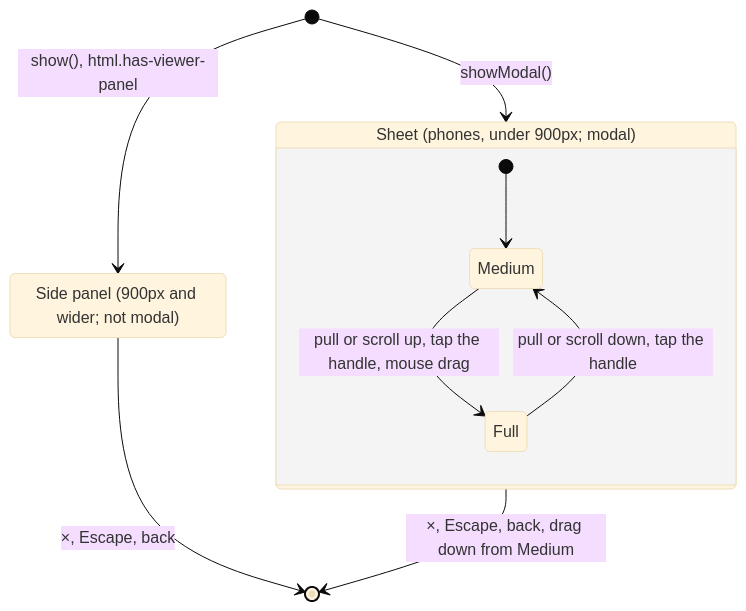
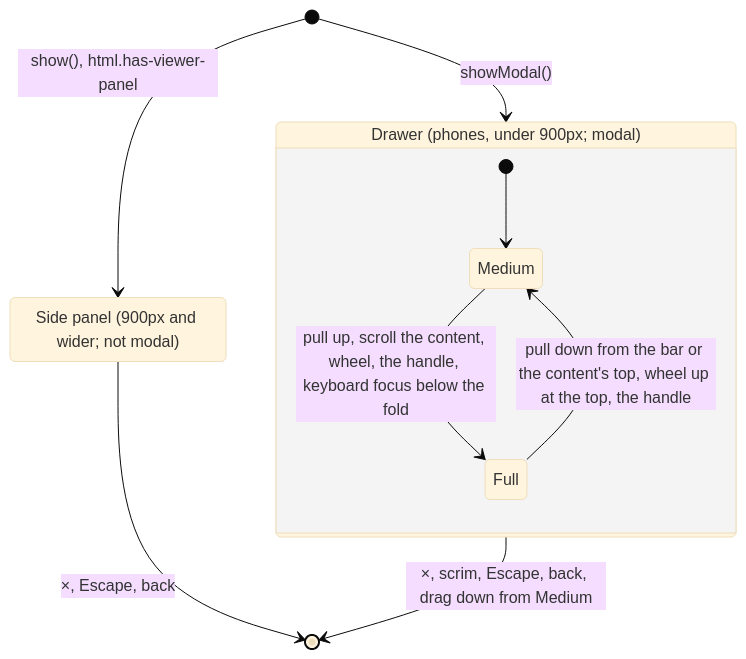
The ninth of 9 diagrams in docs/ARCHITECTURE.md (pa-bailar/pa-bailar.github.io), drawn with Mermaid (base theme) before and after one commit. The commit also changed other lines of this file and 45 other files, not shown here.

First line of the commit message:
feat(events): an Instagram-style details drawer and one-tap filter chips (#74)

````diff
--- a/docs/ARCHITECTURE.md
+++ b/docs/ARCHITECTURE.md
@@ -403,13 +411,13 @@
   ```mermaid
   stateDiagram-v2
-      state "Sheet (phones, under 900px; modal)" as Sheet {
+      state "Drawer (phones, under 900px; modal)" as Sheet {
           [*] --> Medium
-          Medium --> Full: pull or scroll up, tap the handle, mouse drag
-          Full --> Medium: pull or scroll down, tap the handle
+          Medium --> Full: pull up, scroll the content, wheel, the handle, keyboard focus below the fold
+          Full --> Medium: pull down from the bar or the content's top, wheel up at the top, the handle
       }
       state "Side panel (900px and wider; not modal)" as Panel
       [*] --> Sheet: showModal()
       [*] --> Panel: show(), html.has-viewer-panel
-      Sheet --> [*]: ×, Escape, back, drag down from Medium
+      Sheet --> [*]: ×, scrim, Escape, back, drag down from Medium
       Panel --> [*]: ×, Escape, back
   ```
````
